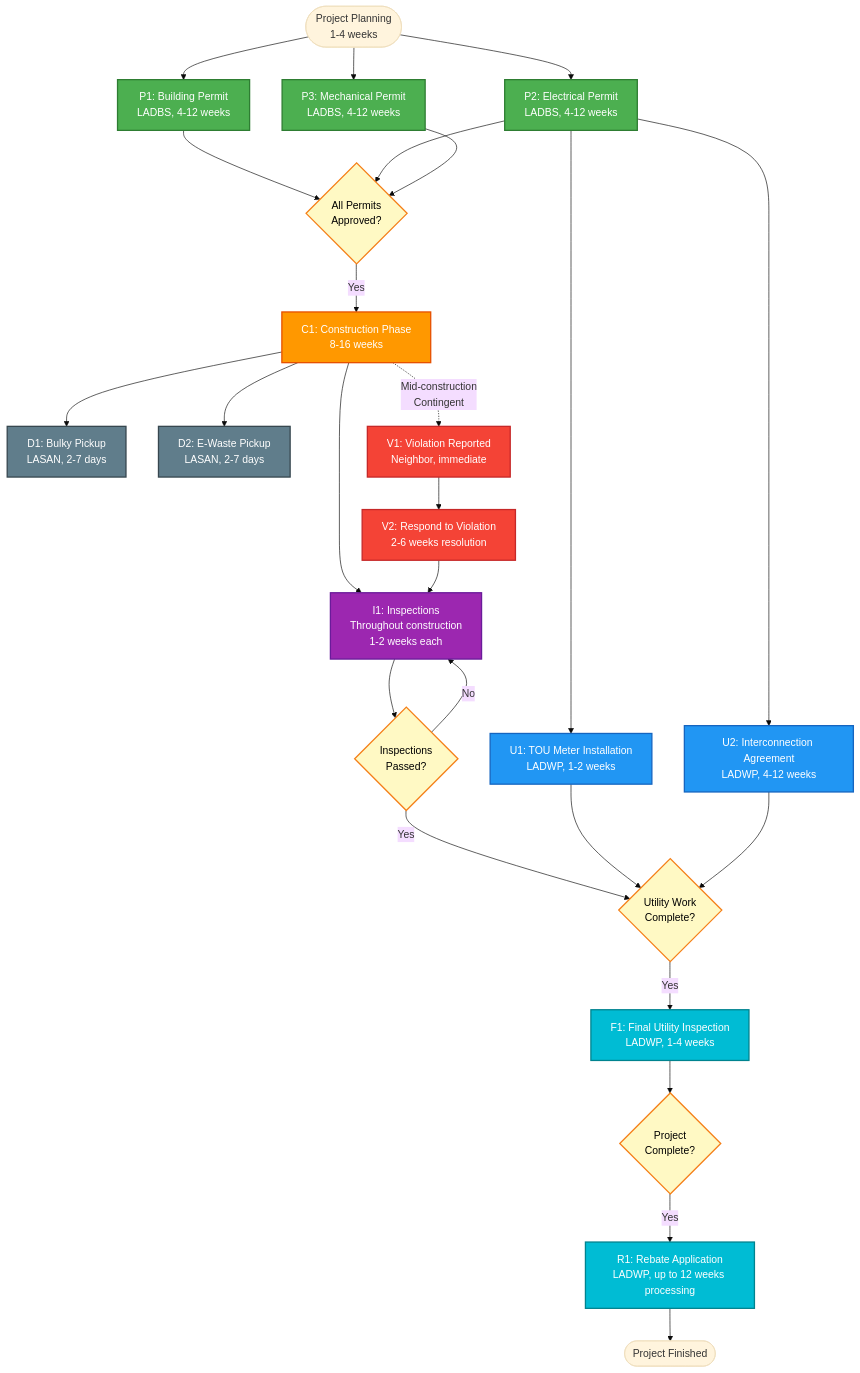
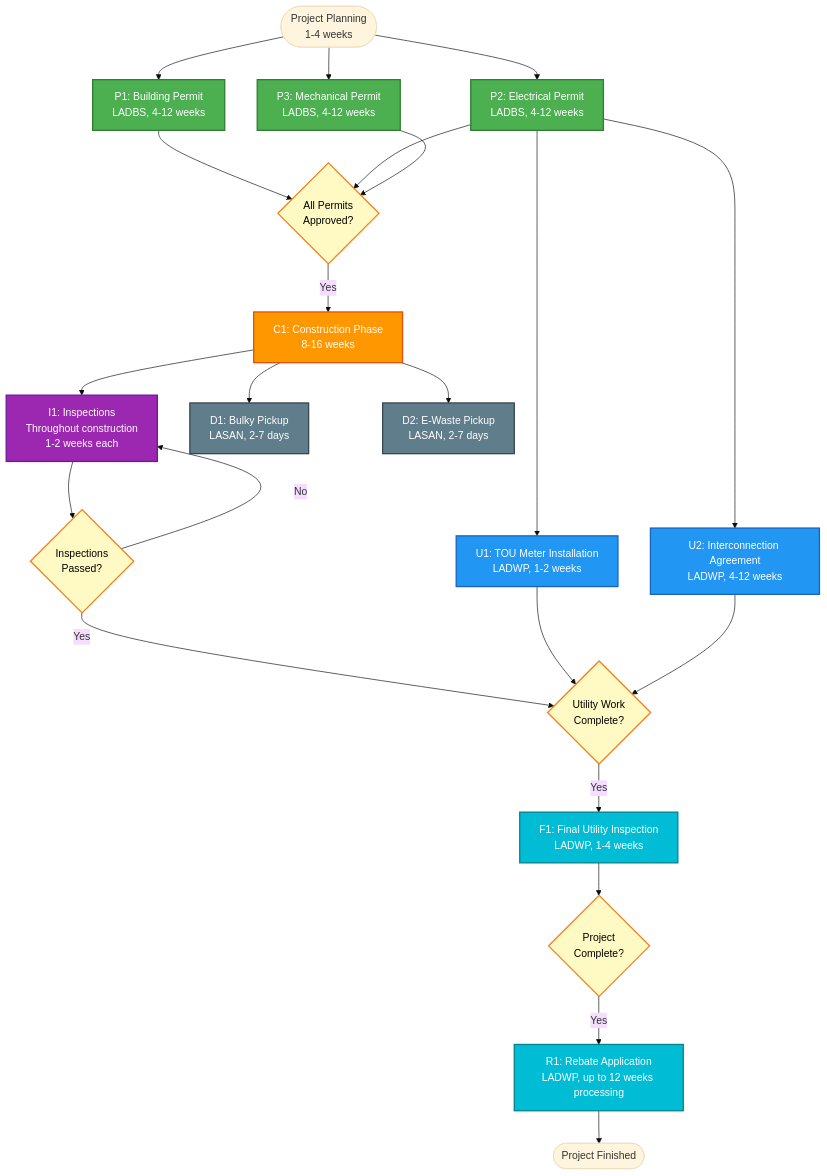
One commit to aldelar/citizen-services-portal changed the diagram in 3-demo-story-line.md. Above: the diagram before and after it, drawn with Mermaid (base theme). The commit also changed other lines of this file and 2 other files, not shown here.

Commit message:
architecture update

````diff
--- a/3-demo-story-line.md
+++ b/3-demo-story-line.md
@@ -168,55 +150,49 @@
 ```mermaid
 graph TD
     Start([Project Planning<br/>1-4 weeks]) --> P1[P1: Building Permit<br/>LADBS, 4-12 weeks]
     Start --> P2[P2: Electrical Permit<br/>LADBS, 4-12 weeks]
     Start --> P3[P3: Mechanical Permit<br/>LADBS, 4-12 weeks]
     
     P2 --> U1[U1: TOU Meter Installation<br/>LADWP, 1-2 weeks]
     P2 --> U2[U2: Interconnection Agreement<br/>LADWP, 4-12 weeks]
     
     P1 --> PermitsApproved{All Permits<br/>Approved?}
     P2 --> PermitsApproved
     P3 --> PermitsApproved
     
     PermitsApproved -->|Yes| C1[C1: Construction Phase<br/>8-16 weeks]
     
     C1 --> I1[I1: Inspections<br/>Throughout construction<br/>1-2 weeks each]
     C1 --> D1[D1: Bulky Pickup<br/>LASAN, 2-7 days]
     C1 --> D2[D2: E-Waste Pickup<br/>LASAN, 2-7 days]
-    
-    C1 -.->|Mid-construction<br/>Contingent| V1[V1: Violation Reported<br/>Neighbor, immediate]
-    V1 --> V2[V2: Respond to Violation<br/>2-6 weeks resolution]
-    V2 --> I1
     
     I1 --> InspectionsPassed{Inspections<br/>Passed?}
     InspectionsPassed -->|Yes| UtilityReady{Utility Work<br/>Complete?}
     InspectionsPassed -->|No| I1
     
     U1 --> UtilityReady
     U2 --> UtilityReady
     
     UtilityReady -->|Yes| F1[F1: Final Utility Inspection<br/>LADWP, 1-4 weeks]
     
     F1 --> ProjectComplete{Project<br/>Complete?}
     ProjectComplete -->|Yes| R1[R1: Rebate Application<br/>LADWP, up to 12 weeks processing]
     
     R1 --> End([Project Finished])
     
     classDef permitClass fill:#4CAF50,stroke:#2E7D32,color:#fff,stroke-width:2px
     classDef utilityClass fill:#2196F3,stroke:#1565C0,color:#fff,stroke-width:2px
     classDef constructionClass fill:#FF9800,stroke:#E65100,color:#fff,stroke-width:2px
     classDef inspectionClass fill:#9C27B0,stroke:#6A1B9A,color:#fff,stroke-width:2px
     classDef disposalClass fill:#607D8B,stroke:#37474F,color:#fff,stroke-width:2px
-    classDef violationClass fill:#F44336,stroke:#C62828,color:#fff,stroke-width:2px
     classDef finalClass fill:#00BCD4,stroke:#00838F,color:#fff,stroke-width:2px
     classDef decisionClass fill:#FFF9C4,stroke:#F57F17,color:#000,stroke-width:2px
     
     class P1,P2,P3 permitClass
     class U1,U2 utilityClass
     class C1 constructionClass
     class I1 inspectionClass
     class D1,D2 disposalClass
-    class V1,V2 violationClass
     class F1,R1 finalClass
     class PermitsApproved,InspectionsPassed,UtilityReady,ProjectComplete decisionClass
 ```
````
